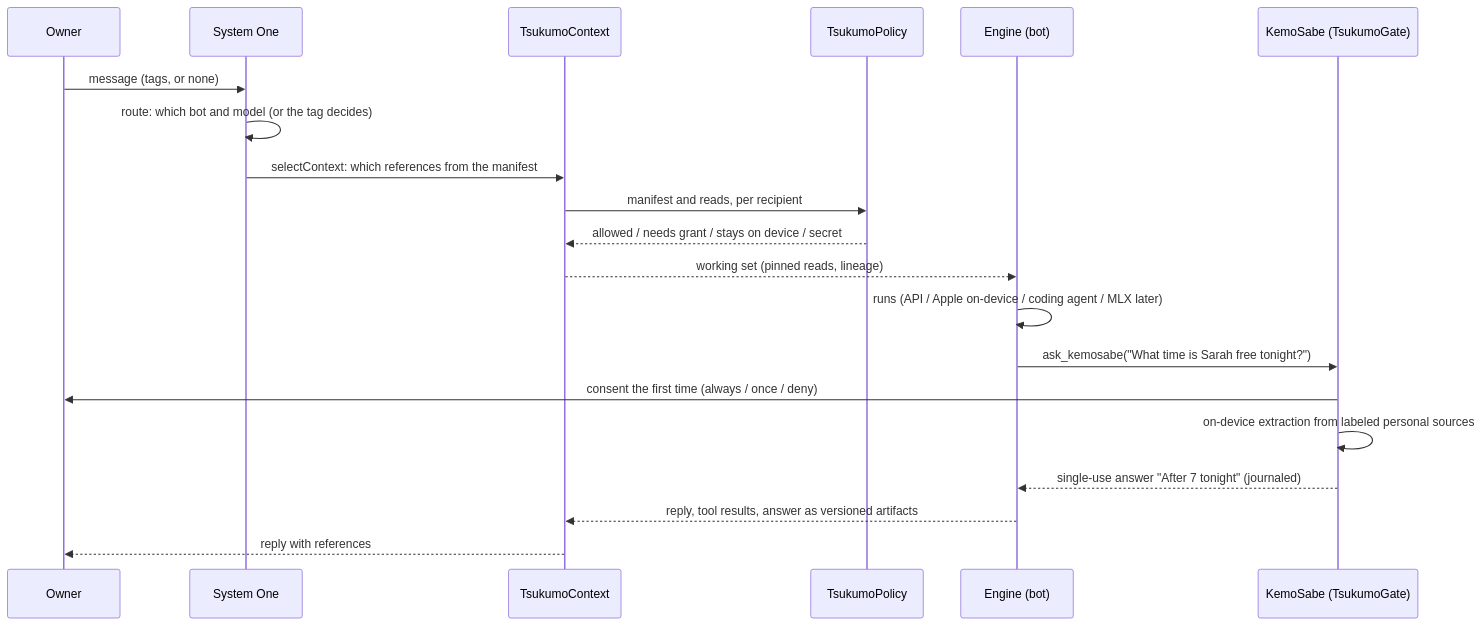
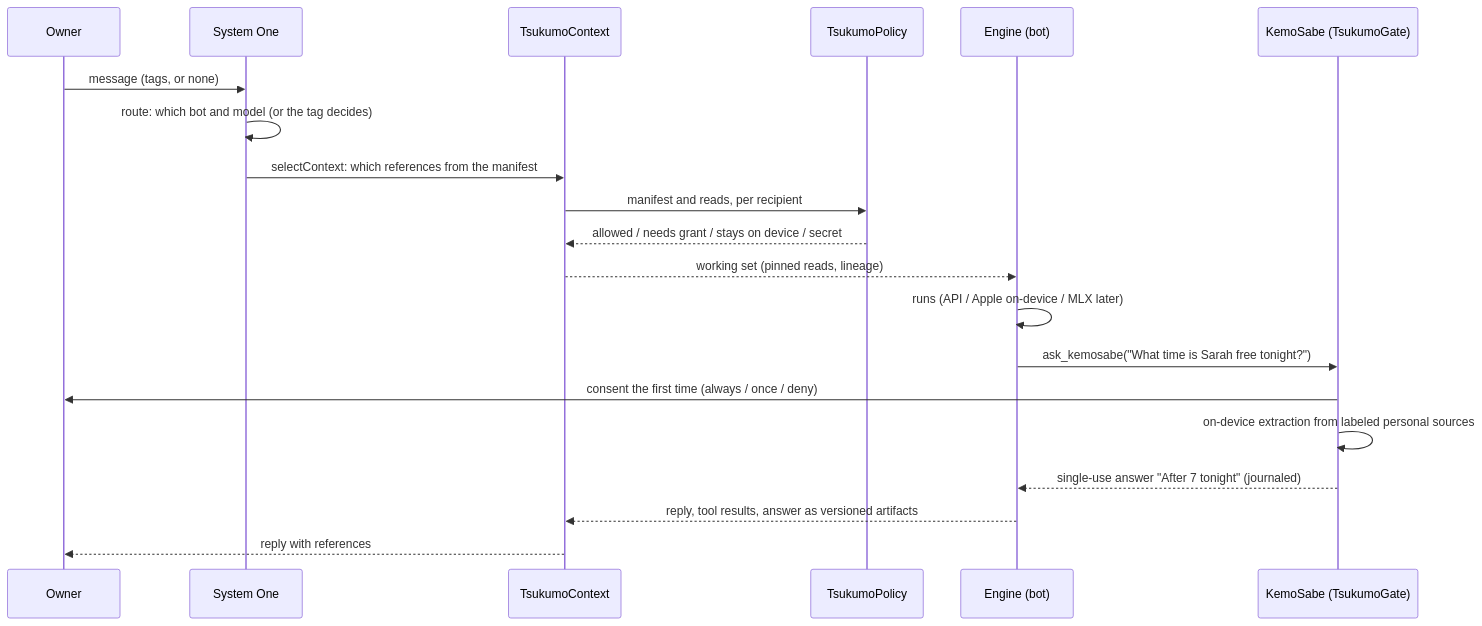
Before and after one commit to zlichtman/Tsukumo: the diagram in docs/ARCHITECTURE.md, drawn with Mermaid. The commit also changed other lines of this file and 254 other files, not shown here.

````diff
--- a/docs/ARCHITECTURE.md
+++ b/docs/ARCHITECTURE.md
@@ -446,22 +330,22 @@
 ```mermaid
 sequenceDiagram
     participant O as Owner
     participant S1 as System One
     participant C as TsukumoContext
     participant P as TsukumoPolicy
     participant E as Engine (bot)
     participant G as KemoSabe (TsukumoGate)
     O->>S1: message (tags, or none)
     S1->>S1: route: which bot and model (or the tag decides)
     S1->>C: selectContext: which references from the manifest
     C->>P: manifest and reads, per recipient
     P-->>C: allowed / needs grant / stays on device / secret
     C-->>E: working set (pinned reads, lineage)
-    E->>E: runs (API / Apple on-device / coding agent / MLX later)
+    E->>E: runs (API / Apple on-device / MLX later)
     E->>G: ask_kemosabe("What time is Sarah free tonight?")
     G->>O: consent the first time (always / once / deny)
     G->>G: on-device extraction from labeled personal sources
     G-->>E: single-use answer "After 7 tonight" (journaled)
     E-->>C: reply, tool results, answer as versioned artifacts
     C-->>O: reply with references
 ```
````
